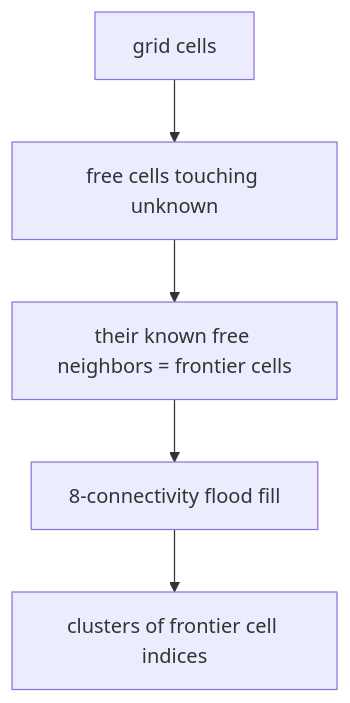
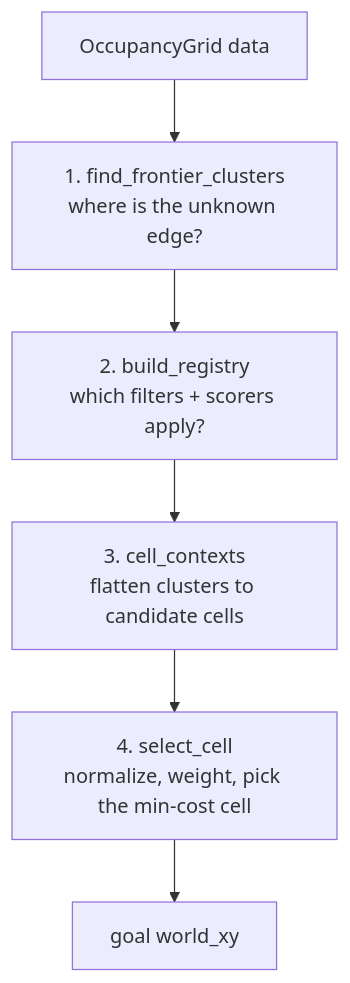
Before and after one commit to Boston-Robot-Hackers/dome_nav: the diagram in 01-literate/06-frontier_explorer.md, drawn with Mermaid. The commit also changed other lines of this file and 14 other files, not shown here.

First line of the commit message:
docs(literate): regenerate 01-literate + add architecture overview

````diff
--- a/01-literate/06-frontier_explorer.md
+++ b/01-literate/06-frontier_explorer.md
@@ -111,7 +21,8 @@
 ```mermaid
 flowchart TD
-    A["grid cells"] --> B["free cells touching unknown"]
-    B --> C["their known free neighbors = frontier cells"]
-    C --> D["8-connectivity flood fill"]
-    D --> E["clusters of frontier cell indices"]
+    A["OccupancyGrid data"] --> B["1. find_frontier_clusters<br/>where is the unknown edge?"]
+    B --> C["2. build_registry<br/>which filters + scorers apply?"]
+    C --> D["3. cell_contexts<br/>flatten clusters to candidate cells"]
+    D --> E["4. select_cell<br/>normalize, weight, pick the min-cost cell"]
+    E --> F["goal world_xy"]
 ```
````
